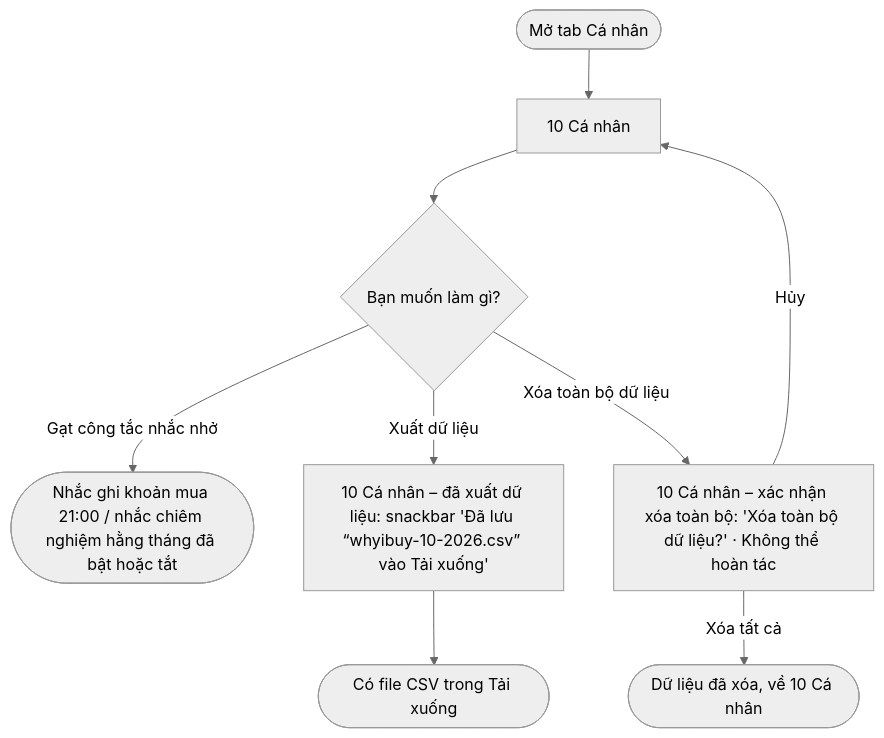
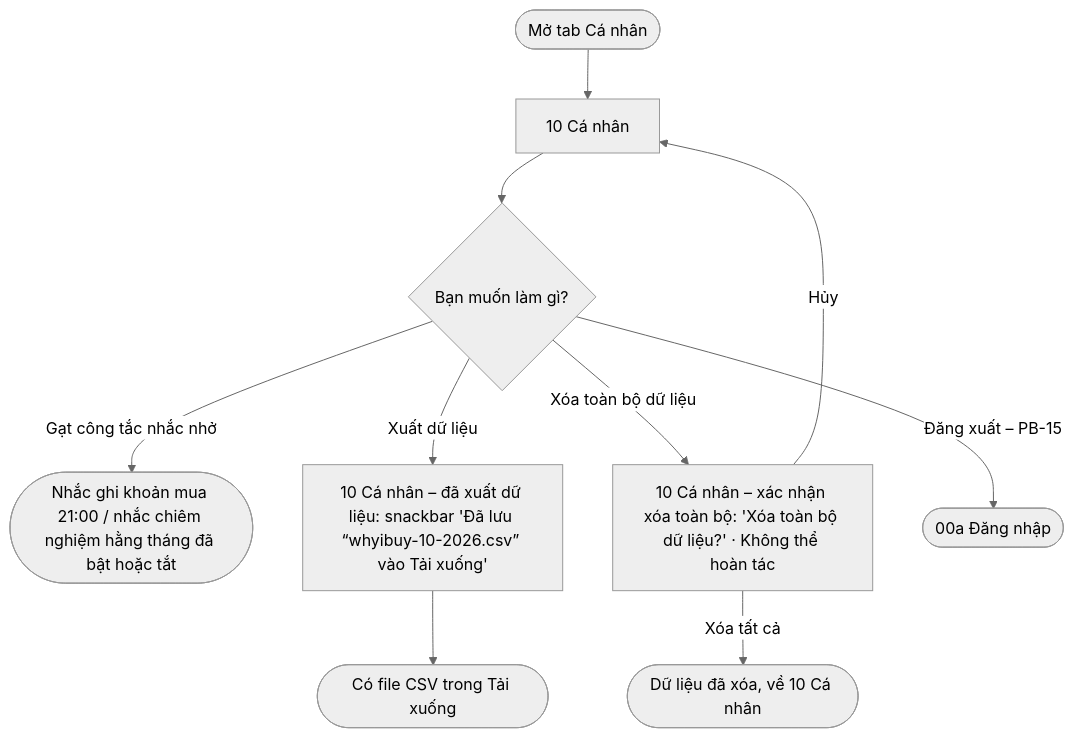
One commit to hoanghuan2005/prm393_lab02 changed the sixth of 8 diagrams in ux/user-flow.md. Above: the diagram before and after it, drawn with Mermaid (neutral theme). The commit also changed other lines of this file and 54 other files, not shown here.

Commit message:
update design documentation and user flow details

````diff
--- a/ux/user-flow.md
+++ b/ux/user-flow.md
@@ -130,11 +160,12 @@
 ```mermaid
 flowchart TD
     Start([Mở tab Cá nhân]) --> S10[10 Cá nhân]
     S10 --> Ch{Bạn muốn làm gì?}
     Ch -->|Gạt công tắc nhắc nhở| Remind([Nhắc ghi khoản mua 21:00 / nhắc chiêm nghiệm hằng tháng đã bật hoặc tắt])
     Ch -->|Xuất dữ liệu| Exp[10 Cá nhân – đã xuất dữ liệu: snackbar 'Đã lưu “whyibuy-10-2026.csv” vào Tải xuống']
     Exp --> EndExp([Có file CSV trong Tải xuống])
     Ch -->|Xóa toàn bộ dữ liệu| Dlg[10 Cá nhân – xác nhận xóa toàn bộ: 'Xóa toàn bộ dữ liệu?' · Không thể hoàn tác]
     Dlg -->|Hủy| S10
     Dlg -->|Xóa tất cả| Gone([Dữ liệu đã xóa, về 10 Cá nhân])
+    Ch -->|Đăng xuất – PB-15| Out([00a Đăng nhập])
 ```
````
